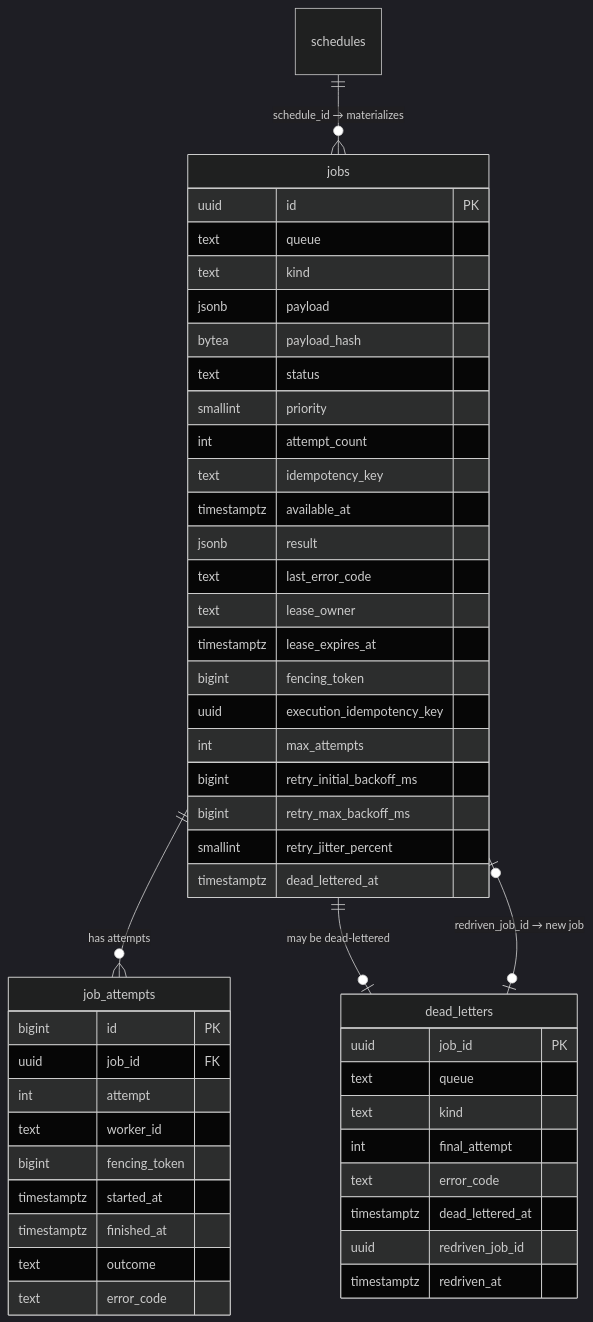
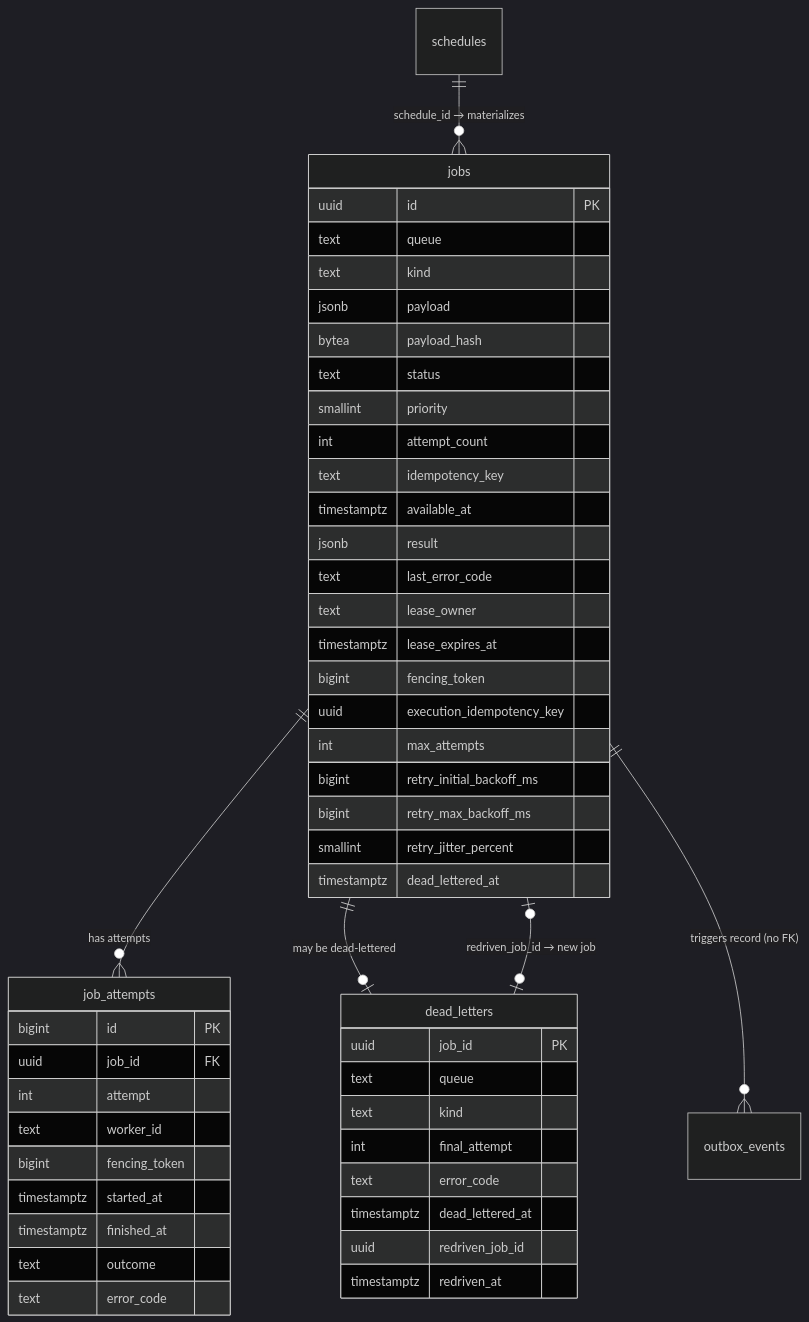
One commit to Nuryanfa/TaskForge changed the diagram in docs/DATA_MODEL.md. Above: the diagram before and after it, drawn with Mermaid (dark theme). The commit also changed other lines of this file and 42 other files, not shown here.

First line of the commit message:
feat(events): add transactional outbox, NATS JetStream relay, and worker wake-ups

````diff
--- a/docs/DATA_MODEL.md
+++ b/docs/DATA_MODEL.md
@@ -10,52 +10,53 @@
 ```mermaid
 erDiagram
     schedules ||--o{ jobs : "schedule_id → materializes"
     jobs ||--o{ job_attempts : "has attempts"
     jobs ||--o| dead_letters : "may be dead-lettered"
     dead_letters |o--o| jobs : "redriven_job_id → new job"
+    jobs ||--o{ outbox_events : "triggers record (no FK)"
 
     jobs {
         uuid id PK
         text queue
         text kind
         jsonb payload
         bytea payload_hash
         text status
         smallint priority
         int attempt_count
         text idempotency_key
         timestamptz available_at
         jsonb result
         text last_error_code
         text lease_owner
         timestamptz lease_expires_at
         bigint fencing_token
         uuid execution_idempotency_key
         int max_attempts
         bigint retry_initial_backoff_ms
         bigint retry_max_backoff_ms
         smallint retry_jitter_percent
         timestamptz dead_lettered_at
     }
     job_attempts {
         bigint id PK
         uuid job_id FK
         int attempt
         text worker_id
         bigint fencing_token
         timestamptz started_at
         timestamptz finished_at
         text outcome
         text error_code
     }
     dead_letters {
         uuid job_id PK
         text queue
         text kind
         int final_attempt
         text error_code
         timestamptz dead_lettered_at
         uuid redriven_job_id
         timestamptz redriven_at
     }
 ```
````
